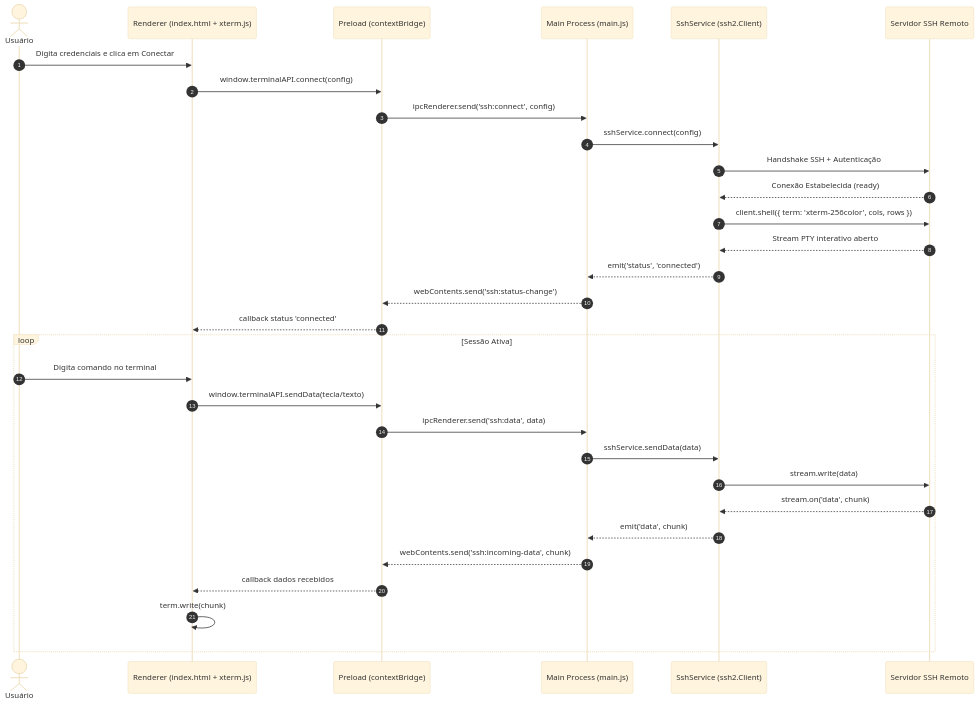
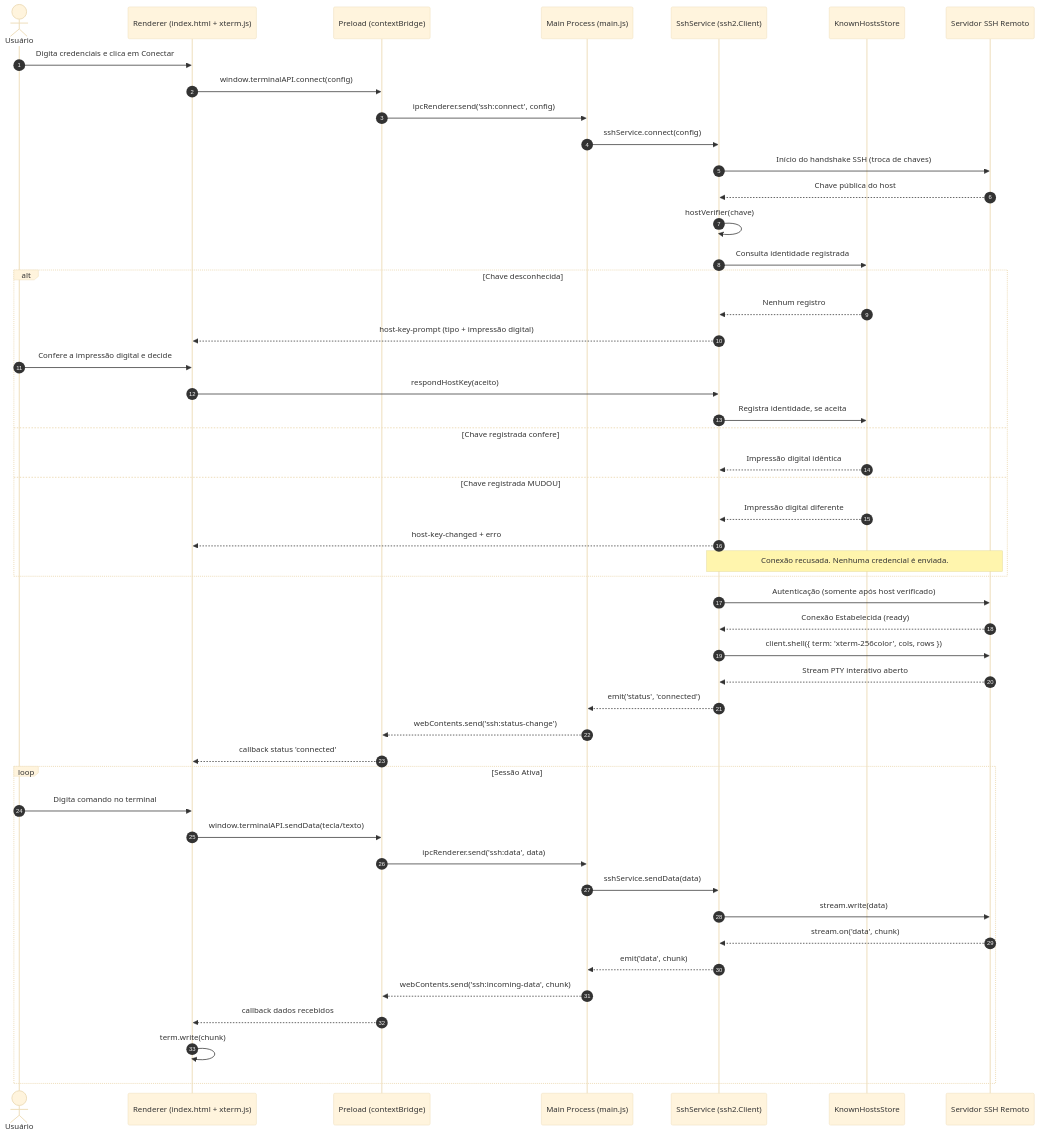
Before and after one commit to GabRfg/ssh-terminal-prototype: the diagram in README.md, drawn with Mermaid (base theme). The commit also changed other lines of this file and 10 other files, not shown here.

Commit message:
Add host key verification to prevent MITM attacks

````diff
--- a/README.md
+++ b/README.md
@@ -9,35 +36,56 @@
 ```mermaid
 sequenceDiagram
     autonumber
     actor Usuário
     participant Renderer as Renderer (index.html + xterm.js)
     participant Preload as Preload (contextBridge)
     participant Main as Main Process (main.js)
     participant Service as SshService (ssh2.Client)
+    participant Store as KnownHostsStore
     participant Servidor as Servidor SSH Remoto
 
     Usuário->>Renderer: Digita credenciais e clica em Conectar
     Renderer->>Preload: window.terminalAPI.connect(config)
     Preload->>Main: ipcRenderer.send('ssh:connect', config)
     Main->>Service: sshService.connect(config)
-    Service->>Servidor: Handshake SSH + Autenticação
+
+    Service->>Servidor: Início do handshake SSH (troca de chaves)
+    Servidor-->>Service: Chave pública do host
+    Service->>Service: hostVerifier(chave)
+    Service->>Store: Consulta identidade registrada
+
+    alt Chave desconhecida
+        Store-->>Service: Nenhum registro
+        Service-->>Renderer: host-key-prompt (tipo + impressão digital)
+        Usuário->>Renderer: Confere a impressão digital e decide
+        Renderer->>Service: respondHostKey(aceito)
+        Service->>Store: Registra identidade, se aceita
+    else Chave registrada confere
+        Store-->>Service: Impressão digital idêntica
+    else Chave registrada MUDOU
+        Store-->>Service: Impressão digital diferente
+        Service-->>Renderer: host-key-changed + erro
+        Note over Service,Servidor: Conexão recusada. Nenhuma credencial é enviada.
+    end
+
+    Service->>Servidor: Autenticação (somente após host verificado)
     Servidor-->>Service: Conexão Estabelecida (ready)
     Service->>Servidor: client.shell({ term: 'xterm-256color', cols, rows })
     Servidor-->>Service: Stream PTY interativo aberto
     Service-->>Main: emit('status', 'connected')
     Main-->>Preload: webContents.send('ssh:status-change')
     Preload-->>Renderer: callback status 'connected'
 
     loop Sessão Ativa
         Usuário->>Renderer: Digita comando no terminal
         Renderer->>Preload: window.terminalAPI.sendData(tecla/texto)
         Preload->>Main: ipcRenderer.send('ssh:data', data)
         Main->>Service: sshService.sendData(data)
         Service->>Servidor: stream.write(data)
         Servidor-->>Service: stream.on('data', chunk)
         Service-->>Main: emit('data', chunk)
         Main-->>Preload: webContents.send('ssh:incoming-data', chunk)
         Preload-->>Renderer: callback dados recebidos
         Renderer->>Renderer: term.write(chunk)
     end
 ```
````
